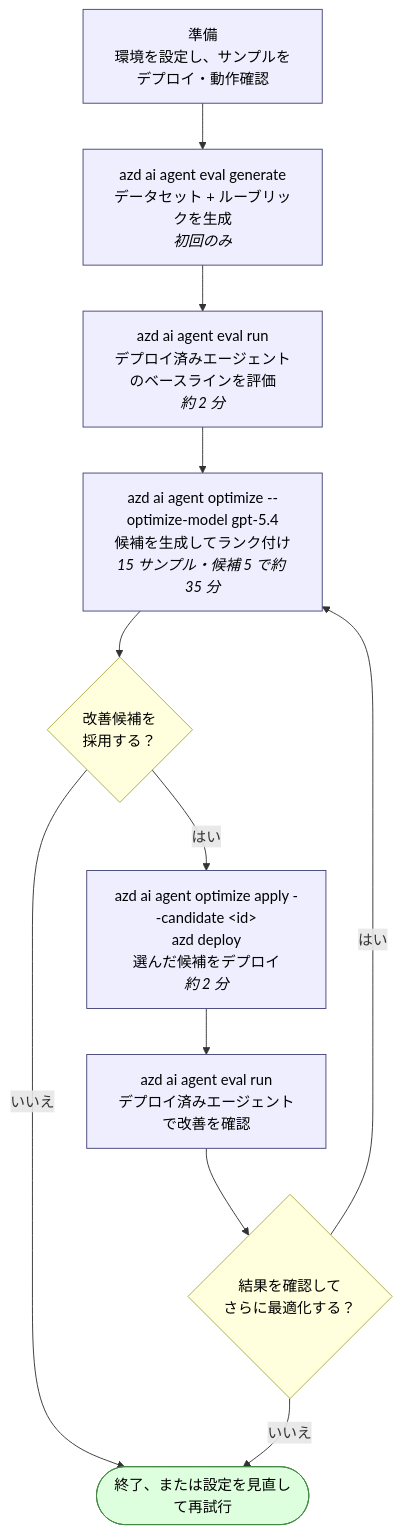
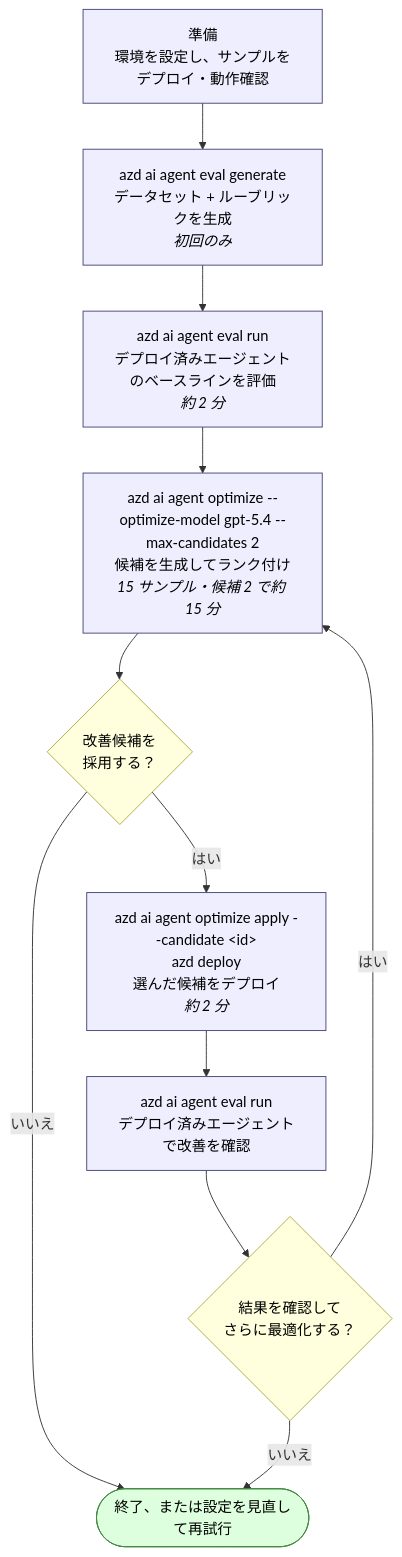
Before and after one commit to tniita/optimization-travel-approval-agent: the diagram in README.md, drawn with Mermaid. The commit also changed other lines of this file, not shown here.

````diff
--- a/README.md
+++ b/README.md
@@ -28,20 +28,20 @@
 ```mermaid
 flowchart TD
     P["準備<br/>環境を設定し、サンプルをデプロイ・動作確認"] --> A
     A["azd ai agent eval generate<br/>データセット + ルーブリックを生成<br/><i>初回のみ</i>"] --> B
     B["azd ai agent eval run<br/>デプロイ済みエージェントのベースラインを評価<br/><i>約 2 分</i>"] --> C
-    C["azd ai agent optimize --optimize-model gpt-5.4<br/>候補を生成してランク付け<br/><i>15 サンプル・候補 5 で約 35 分</i>"] --> H{"改善候補を<br/>採用する？"}
+    C["azd ai agent optimize --optimize-model gpt-5.4 --max-candidates 2<br/>候補を生成してランク付け<br/><i>15 サンプル・候補 2 で約 15 分</i>"] --> H{"改善候補を<br/>採用する？"}
     H -- はい --> D
     H -- いいえ --> G(["終了、または設定を見直して再試行"])
     D["azd ai agent optimize apply --candidate &lt;id&gt;<br/>azd deploy<br/>選んだ候補をデプロイ<br/><i>約 2 分</i>"] --> E
     E["azd ai agent eval run<br/>デプロイ済みエージェントで改善を確認"] --> F{"結果を確認して<br/>さらに最適化する？"}
     F -- はい --> C
     F -- いいえ --> G
 
     classDef cmd fill:#eef,stroke:#447,stroke-width:1px,color:#000;
     classDef decision fill:#ffd,stroke:#aa4,stroke-width:1px,color:#000;
     classDef done fill:#dfd,stroke:#484,stroke-width:1px,color:#000;
     class P,A,B,C,D,E cmd;
     class H,F decision;
     class G done;
 ```
````
